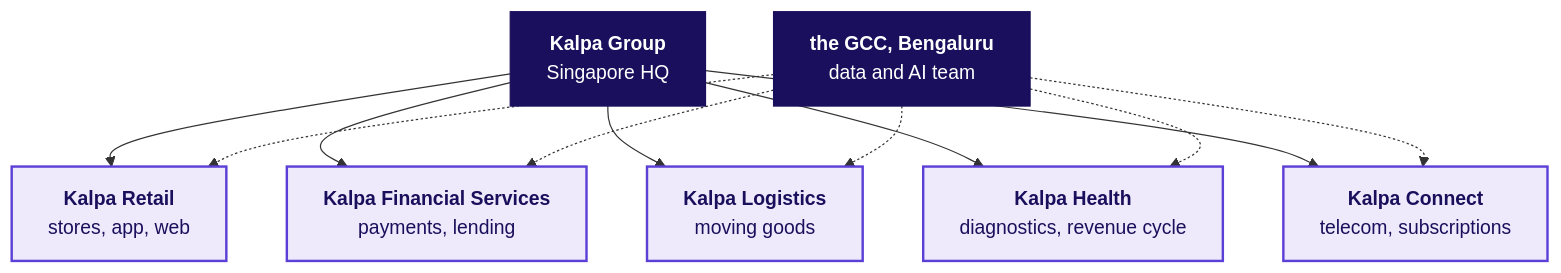
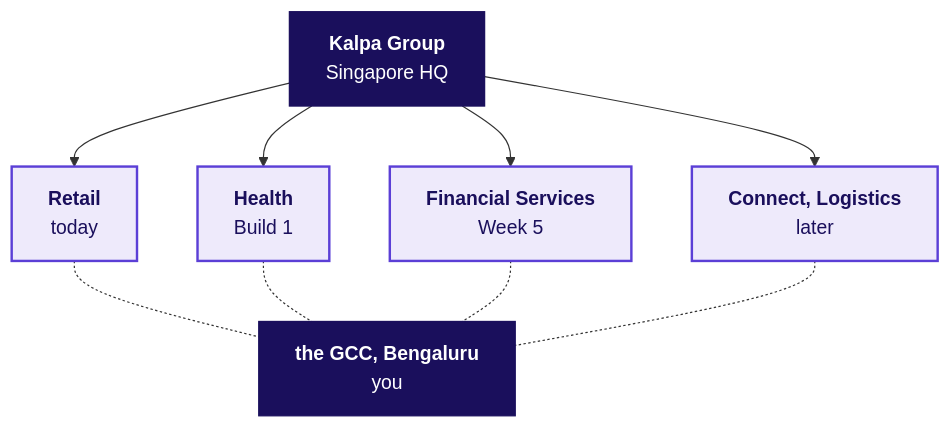
Before and after one commit to fde-academy-lab/c2-content-factory: the third of 7 diagrams in content/W01/D1/trainer/C2_W01_D01_domain_story_TRAINER.md, drawn with Mermaid. The commit also changed other lines of this file, not shown here.

````diff
--- a/content/W01/D1/trainer/C2_W01_D01_domain_story_TRAINER.md
+++ b/content/W01/D1/trainer/C2_W01_D01_domain_story_TRAINER.md
@@ -77,13 +72,12 @@
 ```mermaid
 flowchart TB
-    G["<b>Kalpa Group</b><br/>Singapore HQ"] --> R["<b>Kalpa Retail</b><br/>stores, app, web"]
-    G --> F["<b>Kalpa Financial Services</b><br/>payments, lending"]
-    G --> L["<b>Kalpa Logistics</b><br/>moving goods"]
-    G --> H["<b>Kalpa Health</b><br/>diagnostics, revenue cycle"]
-    G --> T["<b>Kalpa Connect</b><br/>telecom, subscriptions"]
-    C["<b>the GCC, Bengaluru</b><br/>data and AI team"] -.-> R & F & L & H & T
+    G["<b>Kalpa Group</b><br/>Singapore HQ"] --> R["<b>Retail</b><br/>today"]
+    G --> H["<b>Health</b><br/>Build 1"]
+    G --> F["<b>Financial Services</b><br/>Week 5"]
+    G --> O["<b>Connect, Logistics</b><br/>later"]
+    R & H & F & O -.- C["<b>the GCC, Bengaluru</b><br/>you"]
     classDef unit fill:#EEEAFB,stroke:#5B3FD6,color:#1A0F5C,stroke-width:2px
     classDef dark fill:#1A0F5C,stroke:#1A0F5C,color:#FFFFFF
-    class R,F,L,H,T unit
+    class R,H,F,O unit
     class G,C dark
 ```
````
